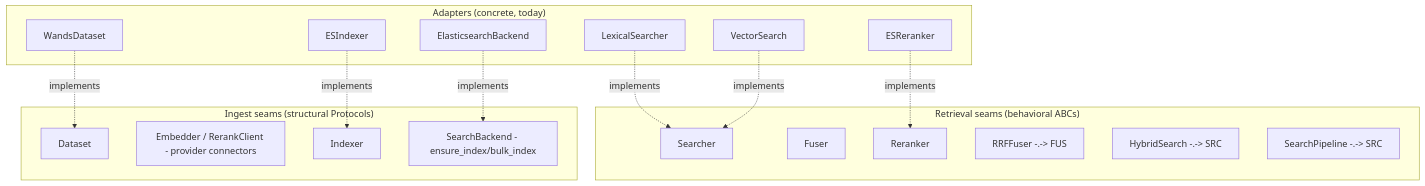
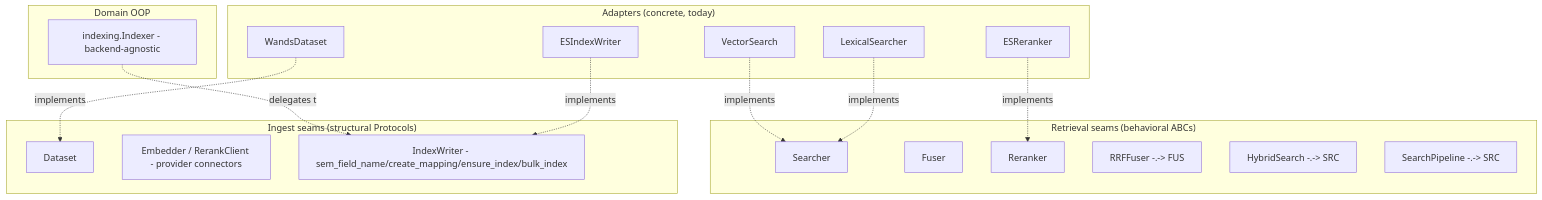
Before and after one commit to TensorOpt/search-rag-evaluation: the second of 4 diagrams in docs/experiment.md, drawn with Mermaid. The commit also changed other lines of this file and 51 other files, not shown here.

````diff
--- a/docs/experiment.md
+++ b/docs/experiment.md
@@ -89,25 +89,27 @@
 ```mermaid
 flowchart TB
   subgraph "Retrieval seams (behavioral ABCs)"
     SRC[Searcher]
     FUS[Fuser]
     RRK[Reranker]
     RRF[RRFFuser -.-> FUS]
     HYB[HybridSearch -.-> SRC]
     SP[SearchPipeline -.-> SRC]
   end
   subgraph "Ingest seams (structural Protocols)"
     DSP[Dataset]
     EMP[Embedder / RerankClient - provider connectors]
-    IXP[Indexer]
-    SBP[SearchBackend - ensure_index/bulk_index]
+    IWP[IndexWriter - sem_field_name/create_mapping/ensure_index/bulk_index]
+  end
+  subgraph "Domain OOP"
+    IDXR[indexing.Indexer - backend-agnostic]
   end
   subgraph "Adapters (concrete, today)"
     WANDS[WandsDataset] -.implements.-> DSP
     ESL[LexicalSearcher] -.implements.-> SRC
     ESV[VectorSearch] -.implements.-> SRC
     ESR[ESReranker] -.implements.-> RRK
-    ESIX[ESIndexer] -.implements.-> IXP
-    ESB[ElasticsearchBackend] -.implements.-> SBP
+    ESIW[ESIndexWriter] -.implements.-> IWP
   end
+  IDXR -.delegates to.-> IWP
 ```
````
